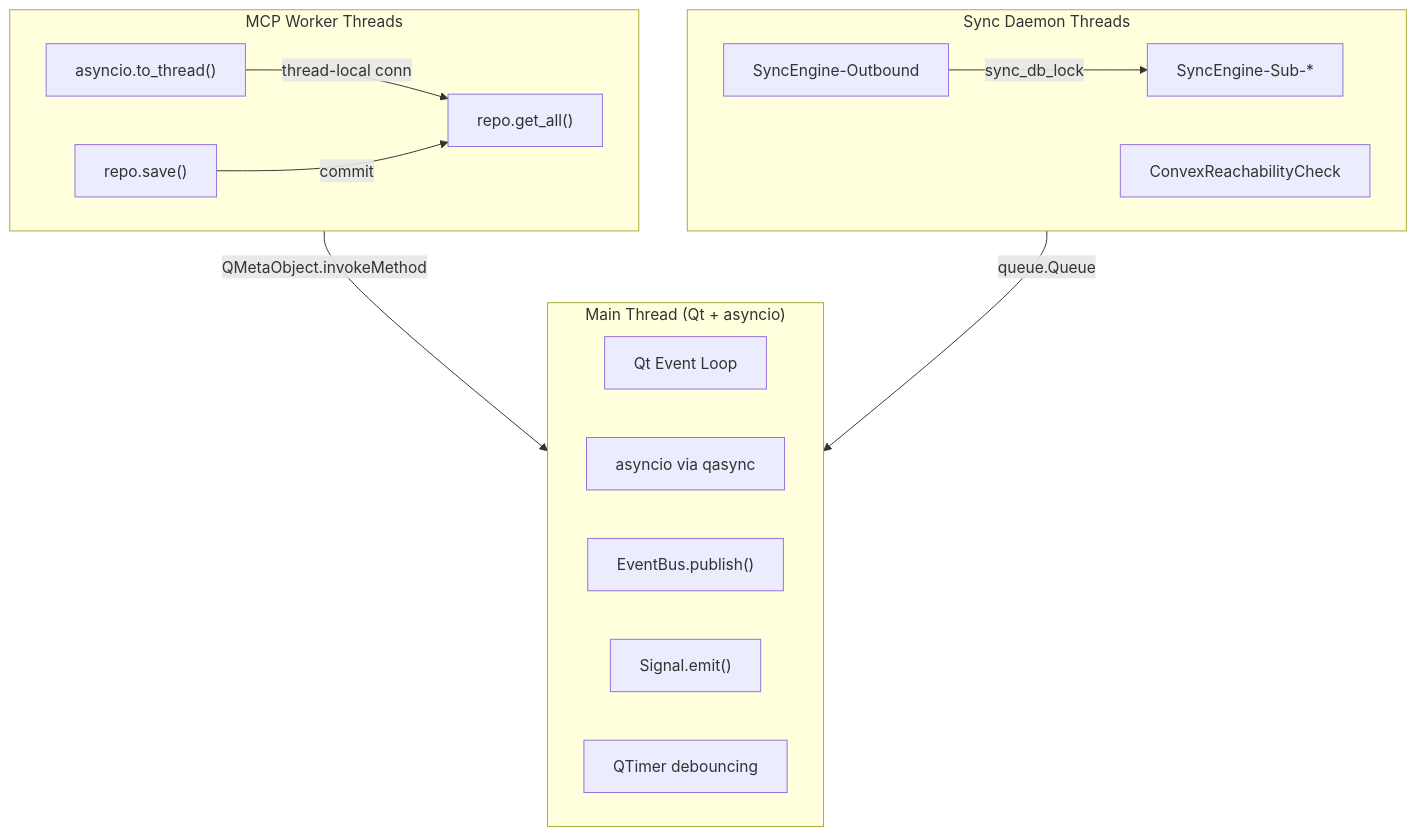
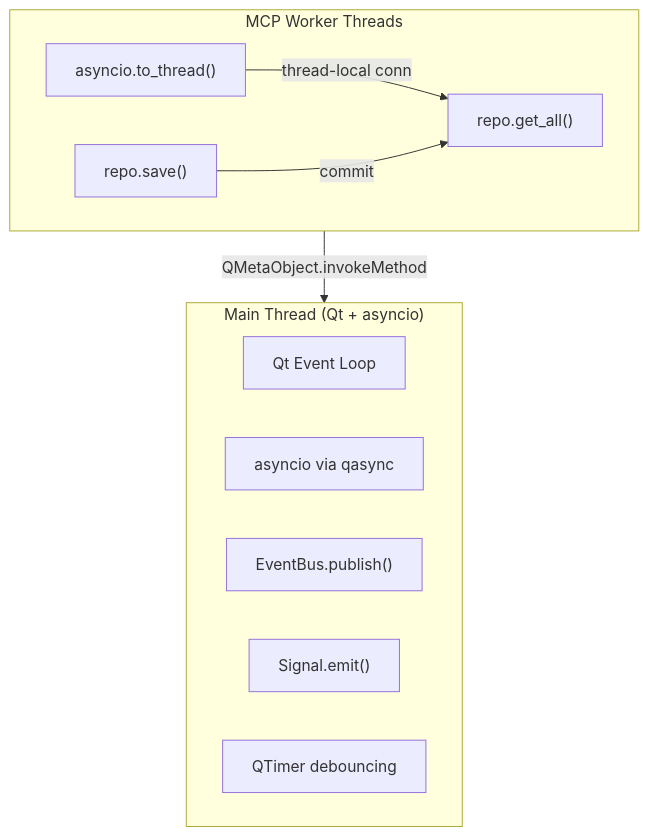
One commit to scope-impact/QualCoder-v2 changed the first of 2 diagrams in docs/tutorials/09-threading-model.md. Above: the diagram before and after it, drawn with Mermaid. The commit also changed other lines of this file and 79 other files, not shown here.

First line of the commit message:
refactor: remove Convex cloud sync infrastructure (QC-050)

````diff
--- a/docs/tutorials/09-threading-model.md
+++ b/docs/tutorials/09-threading-model.md
@@ -7,28 +7,20 @@
 ```mermaid
 graph TB
     subgraph Main ["Main Thread (Qt + asyncio)"]
         QtLoop["Qt Event Loop"]
         Asyncio["asyncio via qasync"]
         EventBus["EventBus.publish()"]
         SignalEmit["Signal.emit()"]
         Timer["QTimer debouncing"]
     end
 
     subgraph MCP ["MCP Worker Threads"]
         ToThread["asyncio.to_thread()"]
         RepoRead["repo.get_all()"]
         RepoWrite["repo.save()"]
     end
 
-    subgraph Sync ["Sync Daemon Threads"]
-        Outbound["SyncEngine-Outbound"]
-        Inbound["SyncEngine-Sub-*"]
-        Reachability["ConvexReachabilityCheck"]
-    end
-
     ToThread -->|thread-local conn| RepoRead
     RepoWrite -->|commit| RepoRead
-    Outbound -->|sync_db_lock| Inbound
     MCP -->|QMetaObject.invokeMethod| Main
-    Sync -->|queue.Queue| Main
 ```
````
